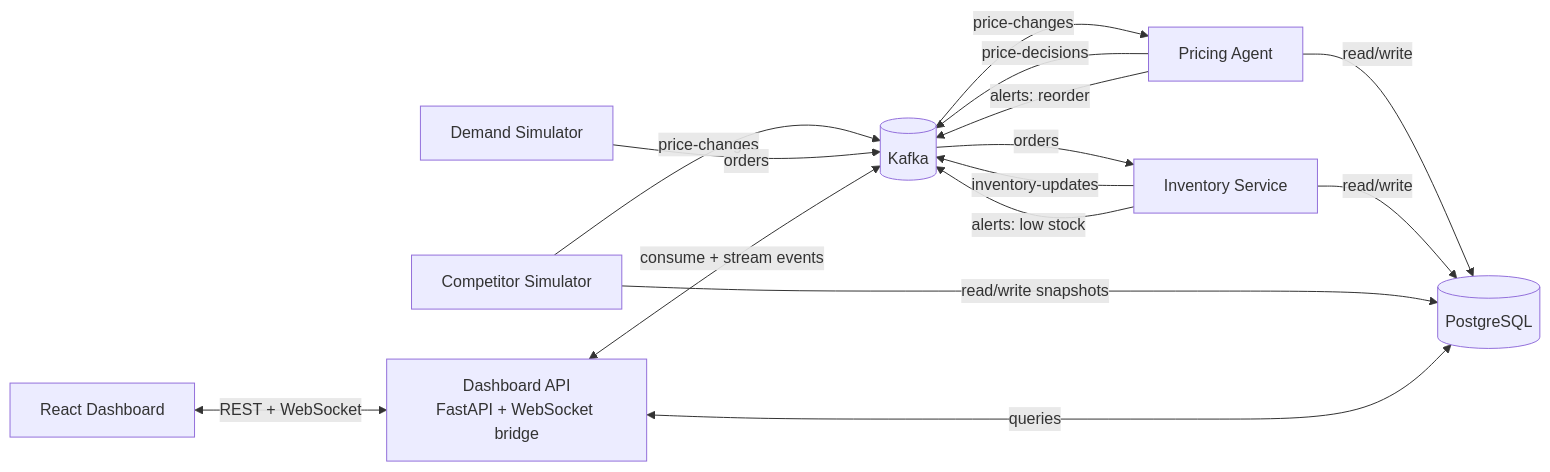
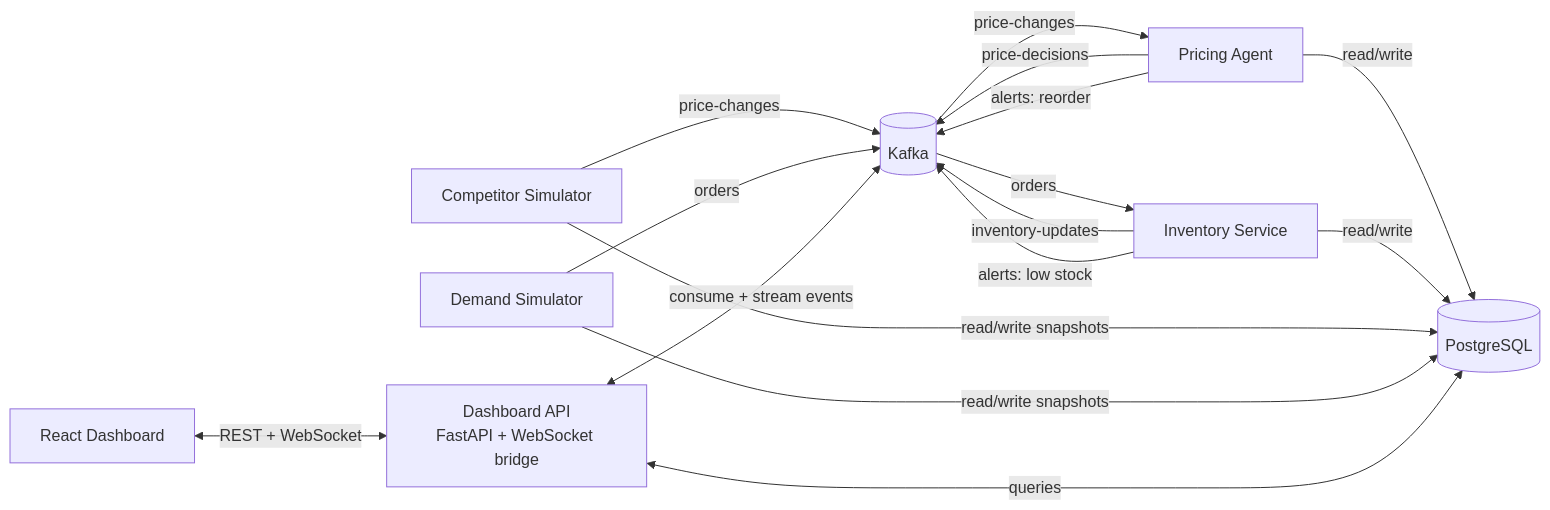
The diagram in README.md (Dishagupta224/PriceWise), drawn with Mermaid before and after one commit. The commit also changed other lines of this file, not shown here.

````diff
--- a/README.md
+++ b/README.md
@@ -35,22 +30,23 @@
 ```mermaid
 flowchart LR
     CS[Competitor Simulator] -->|price-changes| K[(Kafka)]
     DS[Demand Simulator] -->|orders| K
 
     K -->|orders| IS[Inventory Service]
     IS -->|inventory-updates| K
     IS -->|alerts: low stock| K
 
     K -->|price-changes| PA[Pricing Agent]
     PA -->|price-decisions| K
     PA -->|alerts: reorder| K
 
     PA -->|read/write| DB[(PostgreSQL)]
     IS -->|read/write| DB
     CS -->|read/write snapshots| DB
+    DS -->|read/write snapshots| DB
 
     API[Dashboard API<br/>FastAPI + WebSocket bridge] <-->|queries| DB
     API <-->|consume + stream events| K
 
     FE[React Dashboard] <-->|REST + WebSocket| API
 ```
````
